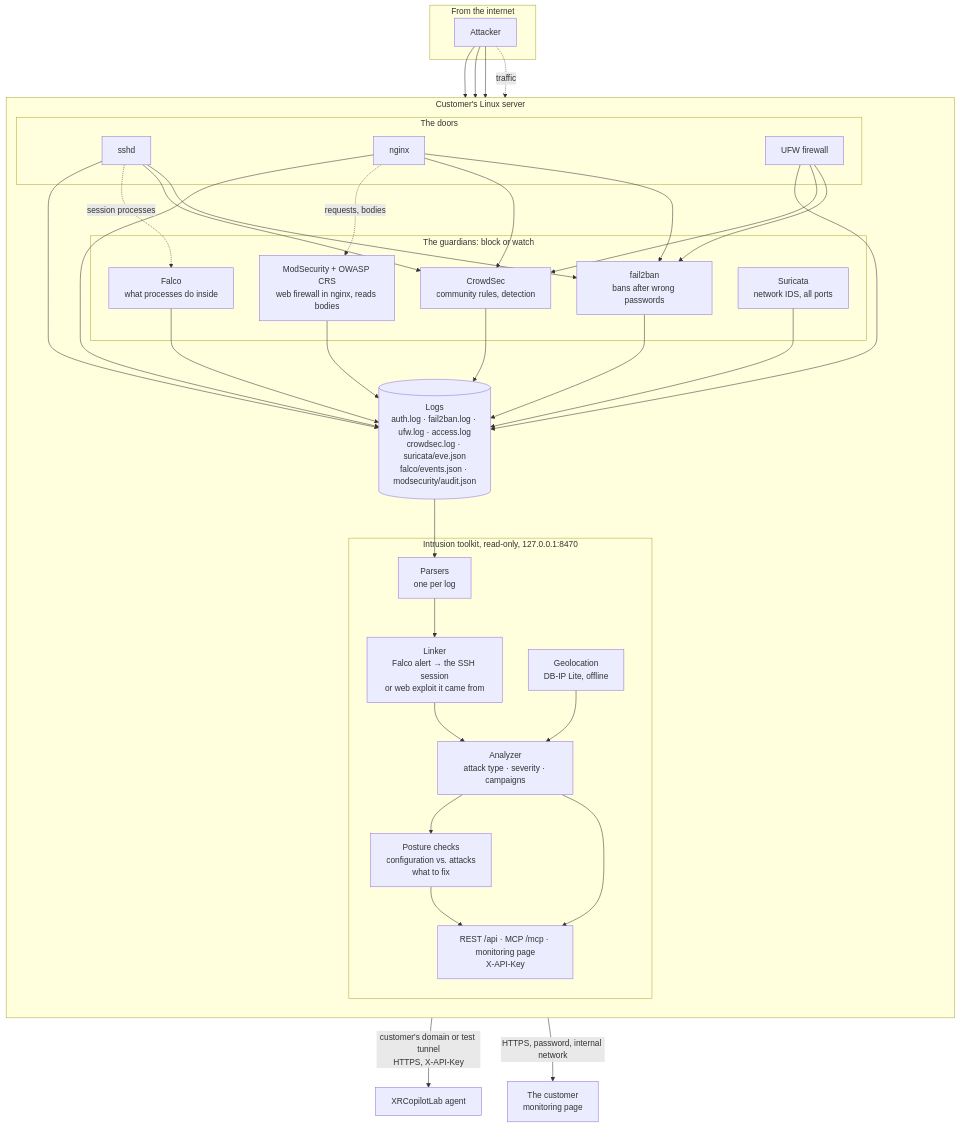
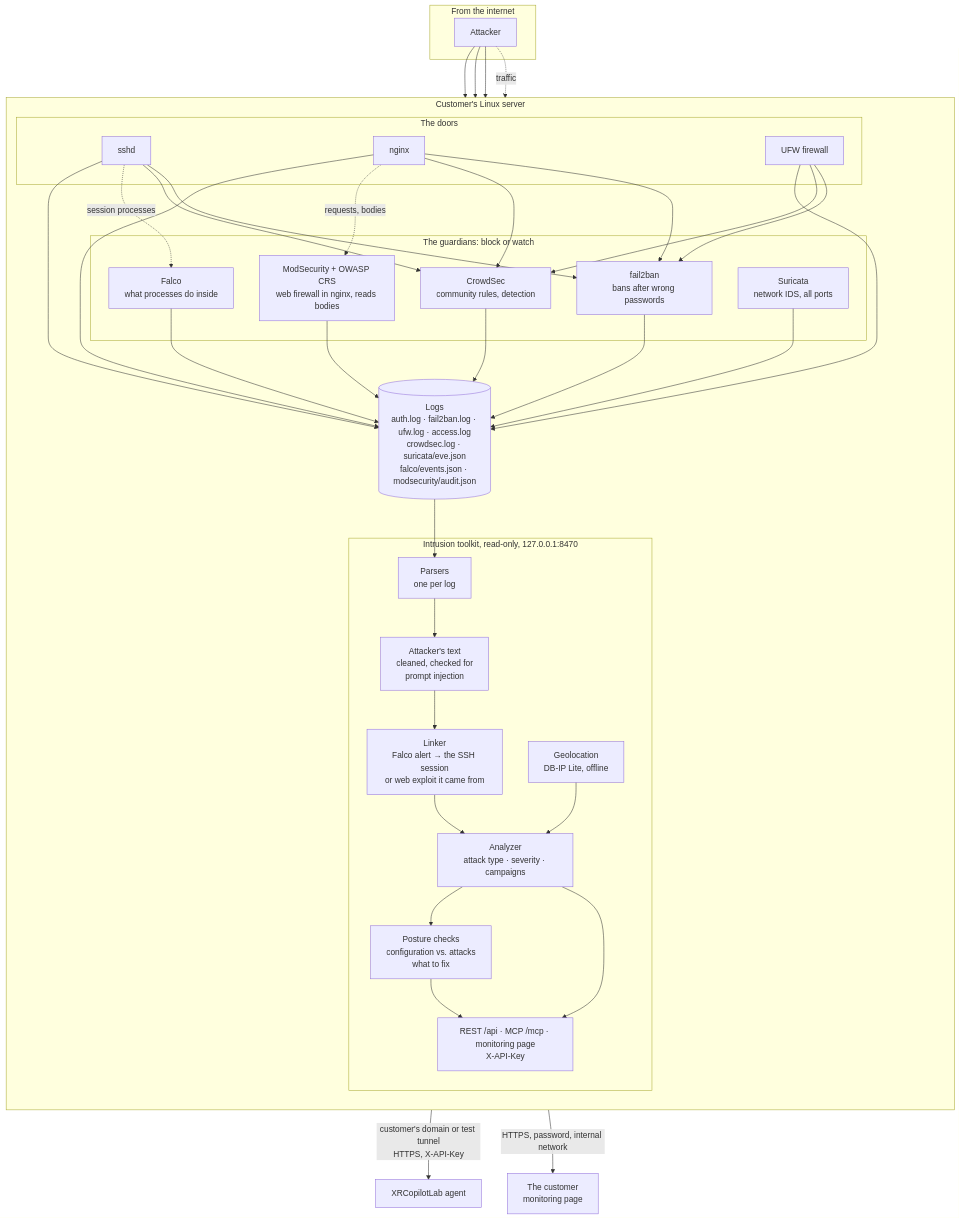
Before and after one commit to hevolusinnovation/xrcopilotlab-intrusion-mcp: the second of 4 diagrams in README.md, drawn with Mermaid. The commit also changed other lines of this file and 19 other files, not shown here.

First line of the commit message:
feat: protect the AI agent from prompt injection through the logs

````diff
--- a/README.md
+++ b/README.md
@@ -47,44 +48,45 @@
 ```mermaid
 flowchart TB
   subgraph NET[From the internet]
     ATK[Attacker]
   end
   subgraph HOST[Customer's Linux server]
     direction TB
     subgraph DOORS[The doors]
       SSHD[sshd]
       NGINX[nginx]
       FW[UFW firewall]
     end
     subgraph GUARDS[The guardians: block or watch]
       F2B[fail2ban<br/>bans after wrong passwords]
       CS[CrowdSec<br/>community rules, detection]
       SUR[Suricata<br/>network IDS, all ports]
       FAL[Falco<br/>what processes do inside]
       MOD[ModSecurity + OWASP CRS<br/>web firewall in nginx, reads bodies]
     end
     LOGS[(Logs<br/>auth.log · fail2ban.log · ufw.log · access.log<br/>crowdsec.log · suricata/eve.json<br/>falco/events.json · modsecurity/audit.json)]
     subgraph TK[Intrusion toolkit, read-only, 127.0.0.1:8470]
       P[Parsers<br/>one per log]
+      U[Attacker's text<br/>cleaned, checked for<br/>prompt injection]
       L[Linker<br/>Falco alert → the SSH session<br/>or web exploit it came from]
       AN[Analyzer<br/>attack type · severity · campaigns]
       GEO[Geolocation<br/>DB-IP Lite, offline]
       PST[Posture checks<br/>configuration vs. attacks<br/>what to fix]
       API[REST /api · MCP /mcp · monitoring page<br/>X-API-Key]
     end
   end
   XRC[XRCopilotLab agent]
   CUST[The customer<br/>monitoring page]
 
   ATK --> SSHD & NGINX & FW
   SSHD & NGINX & FW --> F2B & CS
   ATK -. traffic .-> SUR
   SSHD -. session processes .-> FAL
   NGINX -. requests, bodies .-> MOD
   SSHD & NGINX & FW & F2B & CS & SUR & FAL & MOD --> LOGS
-  LOGS --> P --> L --> AN --> API
+  LOGS --> P --> U --> L --> AN --> API
   GEO --> AN
   AN --> PST --> API
   API -->|customer's domain or test tunnel<br/>HTTPS, X-API-Key| XRC
   API -->|HTTPS, password, internal network| CUST
 ```
````
